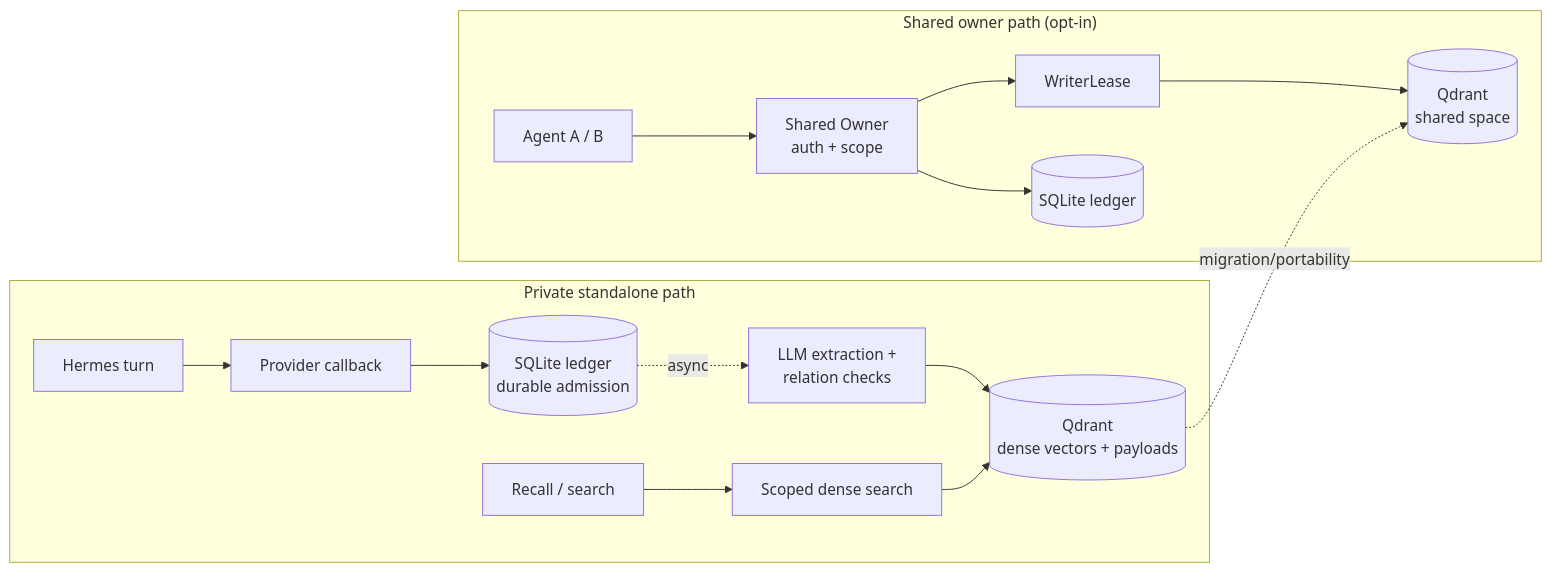
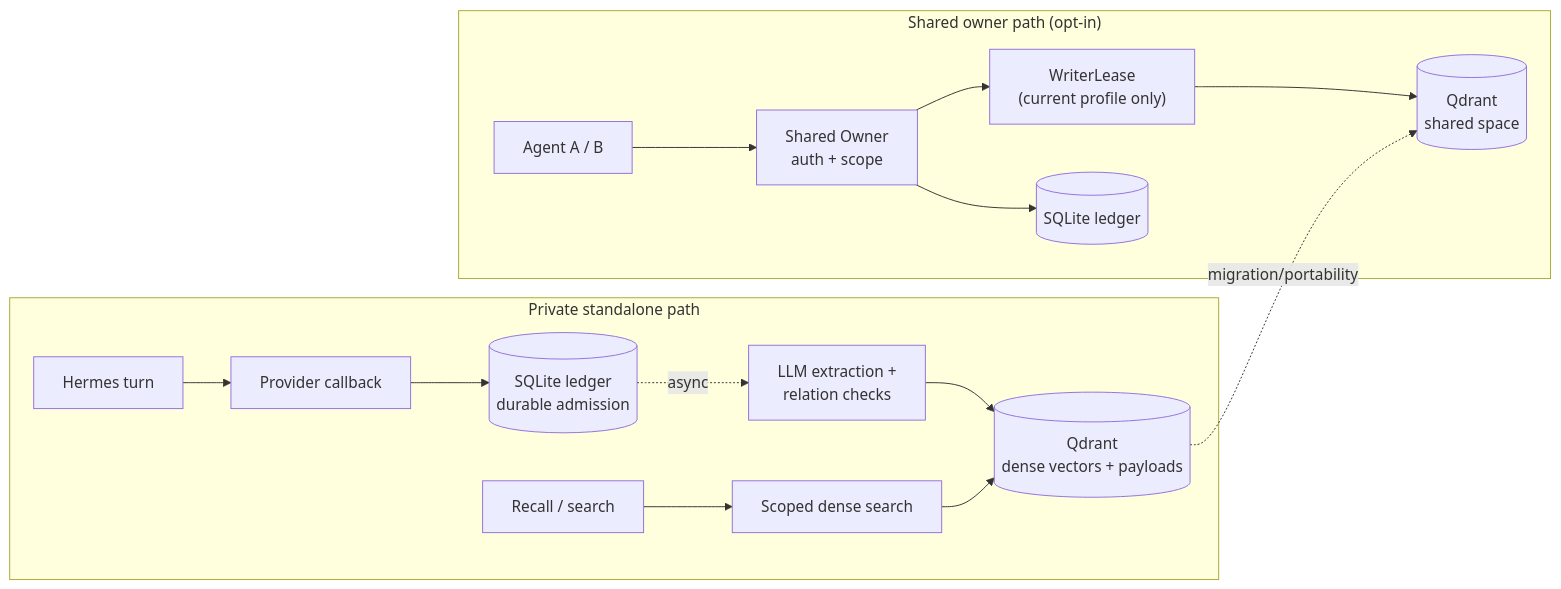
The diagram in README.md (cnkang/hermes-plugin-qdrant-memory), drawn with Mermaid before and after one commit. The commit also changed other lines of this file and 3 other files, not shown here.

Commit message:
docs: address PR review findings (writer lease, Pi extraction, export scope, audit paths)

````diff
--- a/README.md
+++ b/README.md
@@ -66,18 +66,18 @@
 ```mermaid
 flowchart LR
     subgraph Private["Private standalone path"]
         turn["Hermes turn"] --> admit["Provider callback"]
         admit --> ledger[("SQLite ledger<br/>durable admission")]
         ledger -.async.-> extract["LLM extraction +<br/>relation checks"]
         extract --> store[("Qdrant<br/>dense vectors + payloads")]
         ask["Recall / search"] --> search["Scoped dense search"]
         search --> store
     end
     subgraph Shared["Shared owner path (opt-in)"]
         agent["Agent A / B"] --> owner["Shared Owner<br/>auth + scope"]
-        owner --> lease["WriterLease"]
+        owner --> lease["WriterLease<br/>(current profile only)"]
         lease --> store2[("Qdrant<br/>shared space")]
         owner --> ledger2[("SQLite ledger")]
     end
     store -.migration/portability.-> store2
 ```
````
